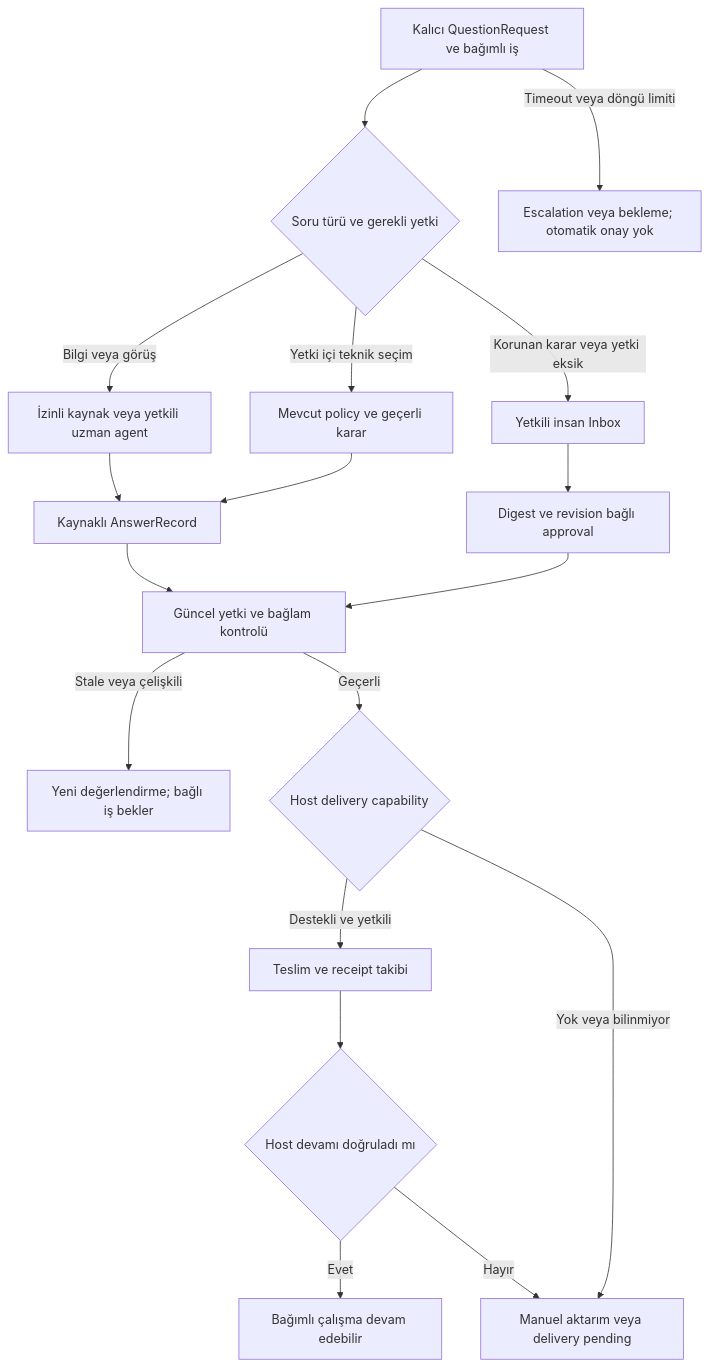
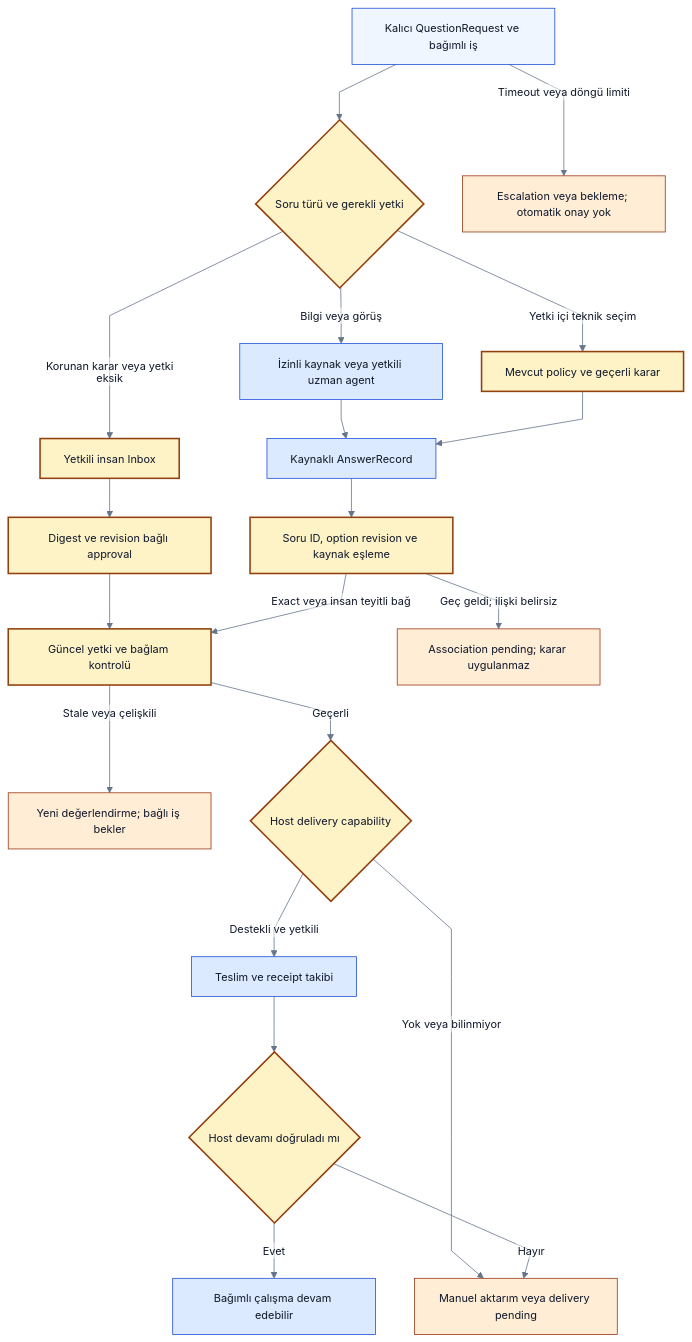
Before and after one commit to alphanAkbulut/decivora: the tenth of 13 diagrams in docs/architecture/diagrams.md, drawn with Mermaid. The commit also changed other lines of this file and 21 other files, not shown here.

Commit message:
Refresh all Mermaid diagrams, clarify decision states and document rendering evidence

````diff
--- a/docs/architecture/diagrams.md
+++ b/docs/architecture/diagrams.md
@@ -282,20 +410,33 @@
 ```mermaid
+%%{init: {"theme":"base","themeVariables":{"fontFamily":"Arial, sans-serif","fontSize":"14px","primaryColor":"#eff6ff","primaryTextColor":"#0f172a","primaryBorderColor":"#1d4ed8","lineColor":"#64748b","secondaryColor":"#ccfbf1","tertiaryColor":"#f1f5f9","background":"#ffffff","mainBkg":"#eff6ff","textColor":"#0f172a","clusterBkg":"#f8fafc","clusterBorder":"#94a3b8","edgeLabelBackground":"#ffffff","actorBkg":"#eff6ff","actorTextColor":"#0f172a","actorBorder":"#1d4ed8","signalColor":"#64748b","signalTextColor":"#0f172a","noteBkgColor":"#fef3c7","noteTextColor":"#0f172a","noteBorderColor":"#92400e"},"flowchart":{"htmlLabels":false,"curve":"linear"},"sequence":{"wrap":true},"themeCSS":"background-color:#ffffff;"}}%%
 flowchart TB
+    accTitle: Soru, yetki ve host delivery
+    accDescr: Önerilen tasarım veya açıkça belirtilen sentetik örnek. Renkler alan ve kontrol türünü gösterir; implemented veya passed kanıtı değildir. Yetki, revision ve coverage sınırları korunur.
     Q[Kalıcı QuestionRequest ve bağımlı iş] --> TYPE{Soru türü ve gerekli yetki}
     TYPE -->|Bilgi veya görüş| RET[İzinli kaynak veya yetkili uzman agent]
     TYPE -->|Yetki içi teknik seçim| POL[Mevcut policy ve geçerli karar]
     TYPE -->|Korunan karar veya yetki eksik| HUMAN[Yetkili insan Inbox]
     RET --> ANS[Kaynaklı AnswerRecord]
     POL --> ANS
     HUMAN --> APP[Digest ve revision bağlı approval]
     APP --> CHECK[Güncel yetki ve bağlam kontrolü]
-    ANS --> CHECK
+    ANS --> MATCH[Soru ID, option revision ve kaynak eşleme]
+    MATCH -->|Exact veya insan teyitli bağ| CHECK
+    MATCH -->|Geç geldi; ilişki belirsiz| ORPHAN[Association pending; karar uygulanmaz]
     CHECK -->|Stale veya çelişkili| REVIEW[Yeni değerlendirme; bağlı iş bekler]
     CHECK -->|Geçerli| CAP{Host delivery capability}
     CAP -->|Destekli ve yetkili| DEL[Teslim ve receipt takibi]
     CAP -->|Yok veya bilinmiyor| MAN[Manuel aktarım veya delivery pending]
     DEL --> ACK{Host devamı doğruladı mı}
     ACK -->|Evet| RUN[Bağımlı çalışma devam edebilir]
     ACK -->|Hayır| MAN
     Q -->|Timeout veya döngü limiti| WAIT[Escalation veya bekleme; otomatik onay yok]
+    classDef source fill:#eff6ff,stroke:#1d4ed8,color:#0f172a
+    classDef gate fill:#fef3c7,stroke:#92400e,color:#0f172a,stroke-width:2px
+    classDef process fill:#dbeafe,stroke:#1d4ed8,color:#0f172a
+    classDef warning fill:#ffedd5,stroke:#9a3412,color:#0f172a
+    class Q source
+    class TYPE,POL,HUMAN,CHECK,CAP,ACK,APP,MATCH gate
+    class RET,ANS,DEL,RUN process
+    class REVIEW,MAN,WAIT,ORPHAN warning
 ```
````
